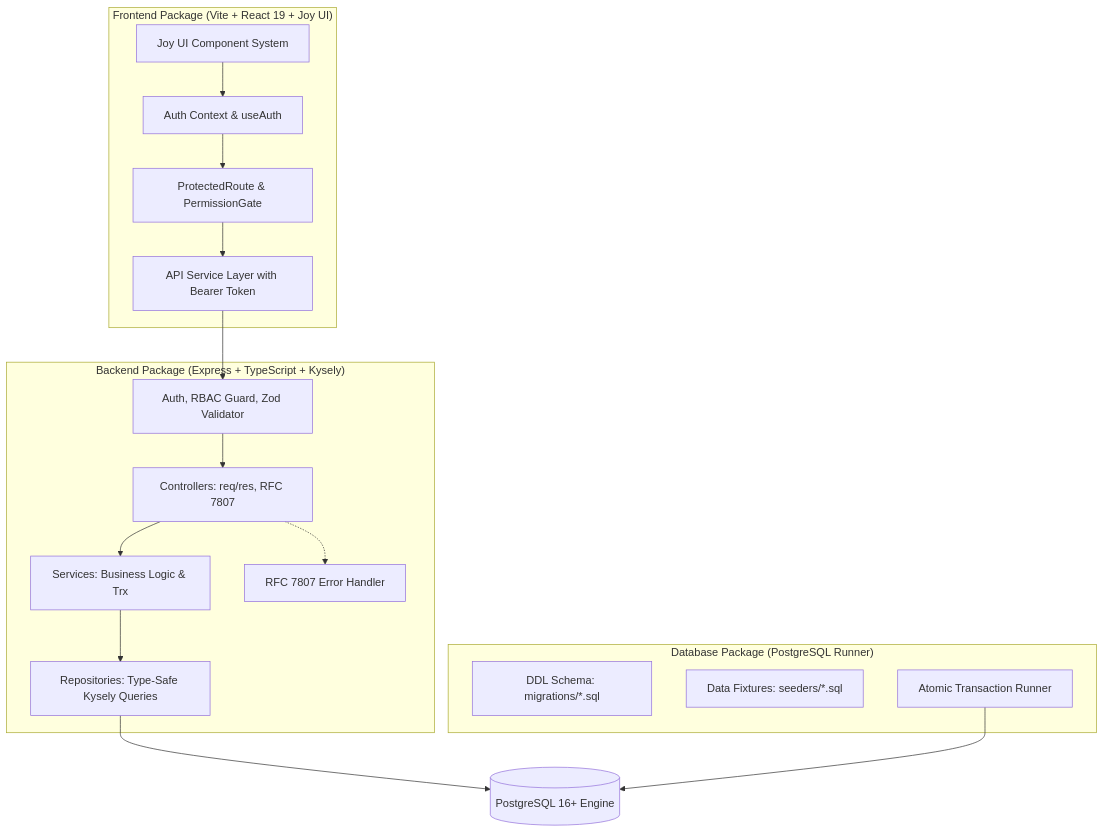
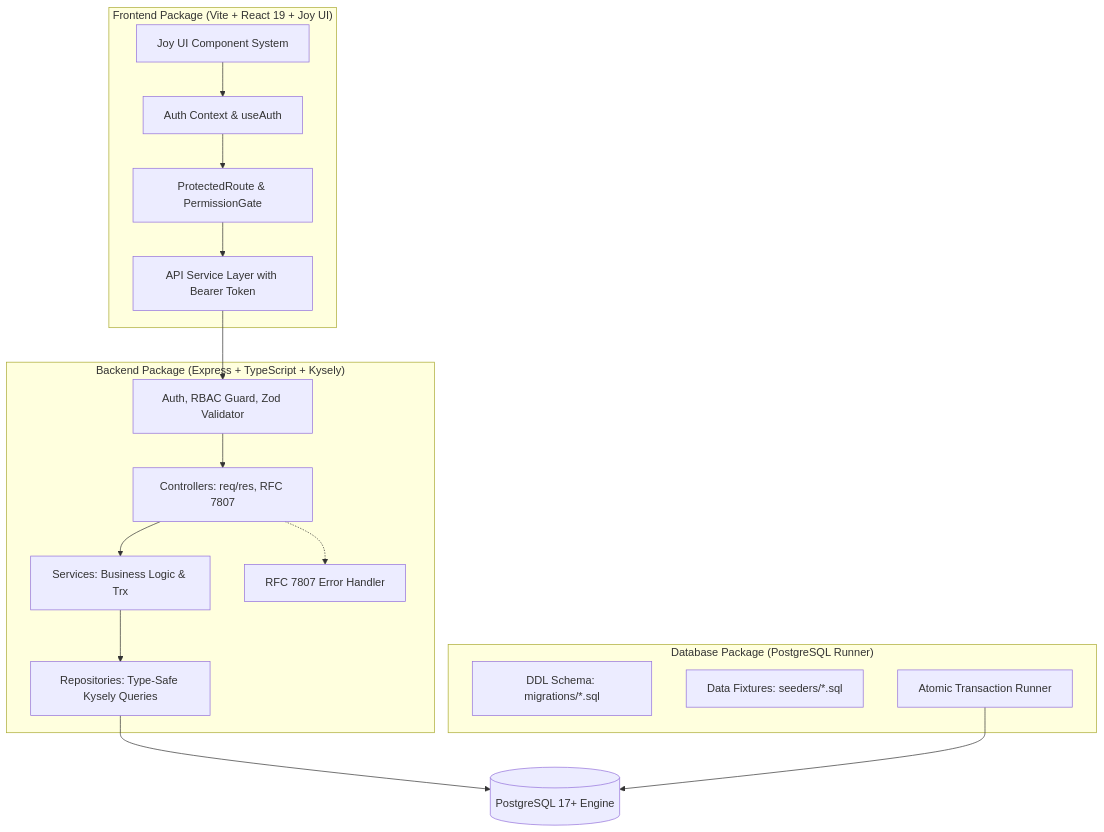
Before and after one commit to rayvencloresofficial/Boilerplate: the diagram in docs/BOILERPLATE_MANUAL.md, drawn with Mermaid. The commit also changed other lines of this file and 32 other files, not shown here.

````diff
--- a/docs/BOILERPLATE_MANUAL.md
+++ b/docs/BOILERPLATE_MANUAL.md
@@ -29,25 +29,25 @@
 ```mermaid
 graph TD
   subgraph Client ["Frontend Package (Vite + React 19 + Joy UI)"]
     UI[Joy UI Component System] --> AuthCtx[Auth Context & useAuth]
     AuthCtx --> Guards[ProtectedRoute & PermissionGate]
     Guards --> ApiClient[API Service Layer with Bearer Token]
   end
 
   subgraph Server ["Backend Package (Express + TypeScript + Kysely)"]
     ApiClient --> Middleware[Auth, RBAC Guard, Zod Validator]
     Middleware --> Controller[Controllers: req/res, RFC 7807]
     Controller --> Service[Services: Business Logic & Trx]
     Service --> Repo[Repositories: Type-Safe Kysely Queries]
     Controller -.-> ErrHandler[RFC 7807 Error Handler]
   end
 
   subgraph DatabaseWorkspace ["Database Package (PostgreSQL Runner)"]
     Migrations[DDL Schema: migrations/*.sql]
     Seeders[Data Fixtures: seeders/*.sql]
     Runner[Atomic Transaction Runner]
   end
 
-  Repo --> Postgres[(PostgreSQL 16+ Engine)]
+  Repo --> Postgres[(PostgreSQL 17+ Engine)]
   Runner --> Postgres
 ```
````
